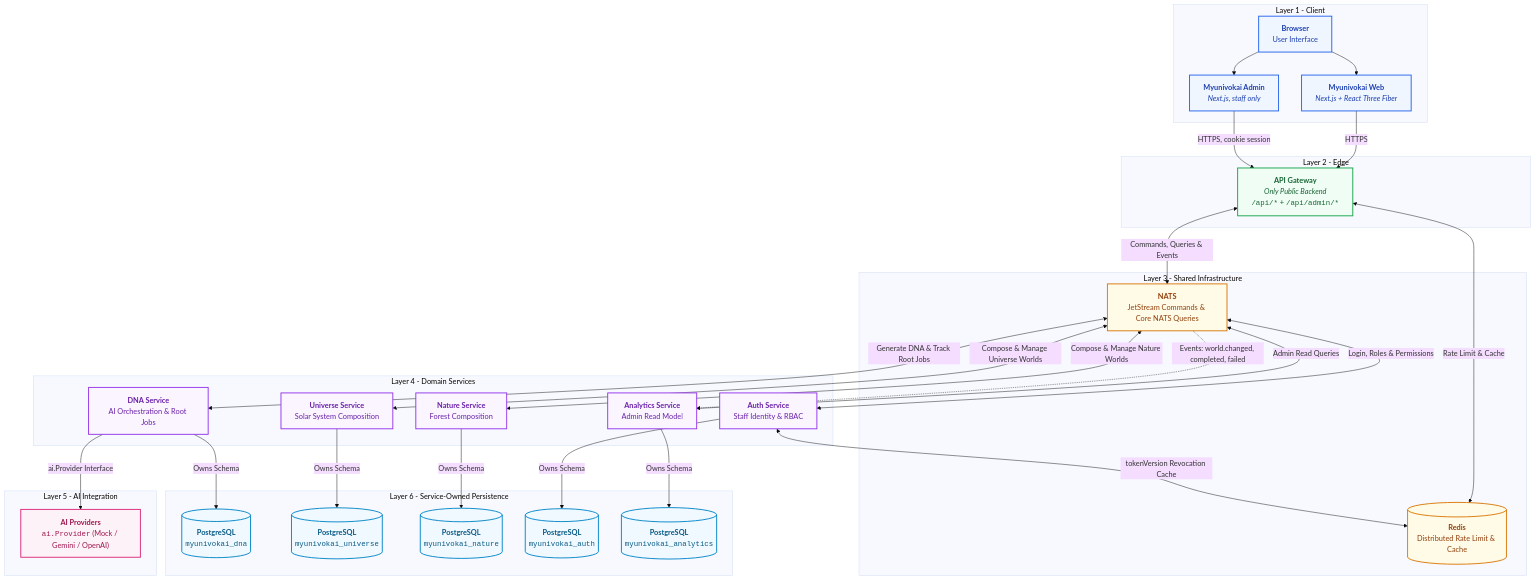
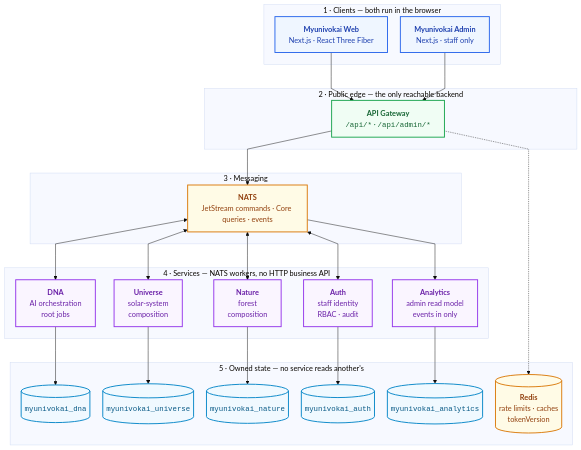
The first of 2 diagrams in README.md (TuanTran0168/myunivokai), drawn with Mermaid (base theme) before and after one commit. The commit also changed other lines of this file and 2 other files, not shown here.

````diff
--- a/README.md
+++ b/README.md
@@ -14,65 +17,57 @@
 ```mermaid
+%%{init: {"flowchart": {"curve": "linear", "nodeSpacing": 28, "rankSpacing": 52}}}%%
 flowchart TB
-  %% Class Definitions & Layer Colors
   classDef clientStyle fill:#eff6ff,stroke:#2563eb,stroke-width:2px,color:#1e40af;
   classDef edgeStyle fill:#f0fdf4,stroke:#16a34a,stroke-width:2px,color:#166534;
   classDef infraStyle fill:#fffbe6,stroke:#d97706,stroke-width:2px,color:#92400e;
   classDef domainStyle fill:#faf5ff,stroke:#9333ea,stroke-width:2px,color:#6b21a8;
-  classDef aiStyle fill:#fdf2f8,stroke:#db2777,stroke-width:2px,color:#9d174d;
   classDef dbStyle fill:#f0f9ff,stroke:#0284c7,stroke-width:2px,color:#075985;
 
-  subgraph clientLayer ["Layer 1 - Client"]
-    browser["<b>Browser</b><br/>User Interface"]:::clientStyle
-    web["<b>Myunivokai Web</b><br/><i>Next.js + React Three Fiber</i>"]:::clientStyle
-    admin["<b>Myunivokai Admin</b><br/><i>Next.js, staff only</i>"]:::clientStyle
-    browser --> web
-    browser --> admin
+  subgraph L1 ["1 · Clients — both run in the browser"]
+    web["<b>Myunivokai Web</b><br/>Next.js · React Three Fiber"]:::clientStyle
+    admin["<b>Myunivokai Admin</b><br/>Next.js · staff only"]:::clientStyle
   end
 
-  subgraph edgeLayer ["Layer 2 - Edge"]
-    gateway["<b>API Gateway</b><br/><i>Only Public Backend</i><br/><code>/api/*</code> + <code>/api/admin/*</code>"]:::edgeStyle
+  subgraph L2 ["2 · Public edge — the only reachable backend"]
+    gateway["<b>API Gateway</b><br/><code>/api/*</code> · <code>/api/admin/*</code>"]:::edgeStyle
   end
 
-  subgraph infrastructureLayer ["Layer 3 - Shared Infrastructure"]
-    redis[("<b>Redis</b><br/>Distributed Rate Limit & Cache")]:::infraStyle
-    nats["<b>NATS</b><br/>JetStream Commands & Core NATS Queries"]:::infraStyle
+  subgraph L3 ["3 · Messaging"]
+    nats["<b>NATS</b><br/>JetStream commands · Core queries · events"]:::infraStyle
   end
 
-  subgraph domainLayer ["Layer 4 - Domain Services"]
-    dna["<b>DNA Service</b><br/>AI Orchestration & Root Jobs"]:::domainStyle
-    universe["<b>Universe Service</b><br/>Solar System Composition"]:::domainStyle
-    nature["<b>Nature Service</b><br/>Forest Composition"]:::domainStyle
-    auth["<b>Auth Service</b><br/>Staff Identity & RBAC"]:::domainStyle
-    analytics["<b>Analytics Service</b><br/>Admin Read Model"]:::domainStyle
+  subgraph L4 ["4 · Services — NATS workers, no HTTP business API"]
+    dna["<b>DNA</b><br/>AI orchestration<br/>root jobs"]:::domainStyle
+    universe["<b>Universe</b><br/>solar-system<br/>composition"]:::domainStyle
+    nature["<b>Nature</b><br/>forest<br/>composition"]:::domainStyle
+    auth["<b>Auth</b><br/>staff identity<br/>RBAC · audit"]:::domainStyle
+    analytics["<b>Analytics</b><br/>admin read model<br/>events in only"]:::domainStyle
   end
 
-  subgraph integrationLayer ["Layer 5 - AI Integration"]
-    providers["<b>AI Providers</b><br/><code>ai.Provider</code> (Mock / Gemini / OpenAI)"]:::aiStyle
+  subgraph L5 ["5 · Owned state — no service reads another's"]
+    dnaDatabase[("<code>myunivokai_dna</code>")]:::dbStyle
+    universeDatabase[("<code>myunivokai_universe</code>")]:::dbStyle
+    natureDatabase[("<code>myunivokai_nature</code>")]:::dbStyle
+    authDatabase[("<code>myunivokai_auth</code>")]:::dbStyle
+    analyticsDatabase[("<code>myunivokai_analytics</code>")]:::dbStyle
+    redis[("<b>Redis</b><br/>rate limits · caches<br/>tokenVersion")]:::infraStyle
   end
 
-  subgraph persistenceLayer ["Layer 6 - Service-Owned Persistence"]
-    dnaDatabase[("<b>PostgreSQL</b><br/><code>myunivokai_dna</code>")]:::dbStyle
-    universeDatabase[("<b>PostgreSQL</b><br/><code>myunivokai_universe</code>")]:::dbStyle
-    natureDatabase[("<b>PostgreSQL</b><br/><code>myunivokai_nature</code>")]:::dbStyle
-    authDatabase[("<b>PostgreSQL</b><br/><code>myunivokai_auth</code>")]:::dbStyle
-    analyticsDatabase[("<b>PostgreSQL</b><br/><code>myunivokai_analytics</code>")]:::dbStyle
-  end
+  web --> gateway
+  admin --> gateway
 
-  web -->|"HTTPS"| gateway
-  admin -->|"HTTPS, cookie session"| gateway
-  gateway <-->|"Rate Limit & Cache"| redis
-  gateway <-->|"Commands, Queries & Events"| nats
-  nats <-->|"Generate DNA & Track Root Jobs"| dna
-  nats <-->|"Compose & Manage Universe Worlds"| universe
-  nats <-->|"Compose & Manage Nature Worlds"| nature
-  nats <-->|"Login, Roles & Permissions"| auth
-  nats <-->|"Admin Read Queries"| analytics
-  nats -.->|"Events: world.changed, completed, failed"| analytics
-  auth <-->|"tokenVersion Revocation Cache"| redis
-  dna -->|"ai.Provider Interface"| providers
-  dna -->|"Owns Schema"| dnaDatabase
-  universe -->|"Owns Schema"| universeDatabase
-  nature -->|"Owns Schema"| natureDatabase
-  auth -->|"Owns Schema"| authDatabase
-  analytics -->|"Owns Schema"| analyticsDatabase
+  gateway --> nats
+  gateway -.-> redis
+
+  nats <--> dna
+  nats <--> universe
+  nats <--> nature
+  nats <--> auth
+  nats --> analytics
+
+  dna --> dnaDatabase
+  universe --> universeDatabase
+  nature --> natureDatabase
+  auth --> authDatabase
+  analytics --> analyticsDatabase
 ```
````
